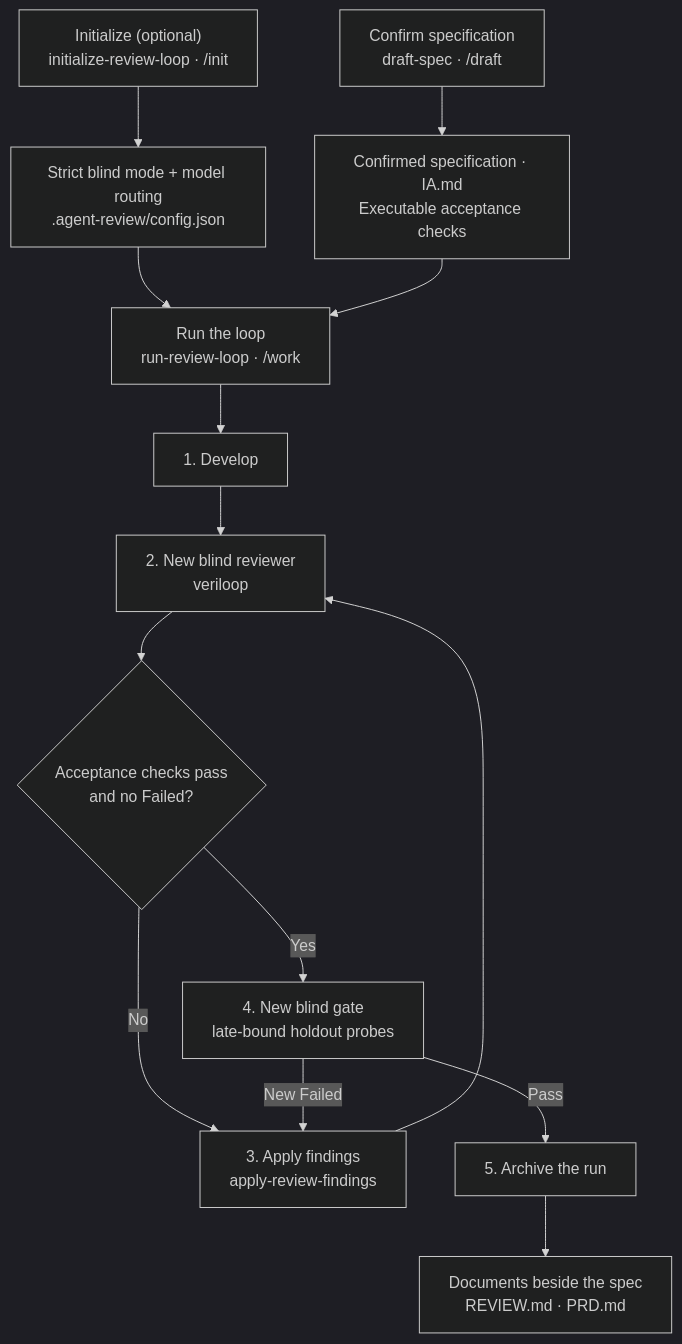
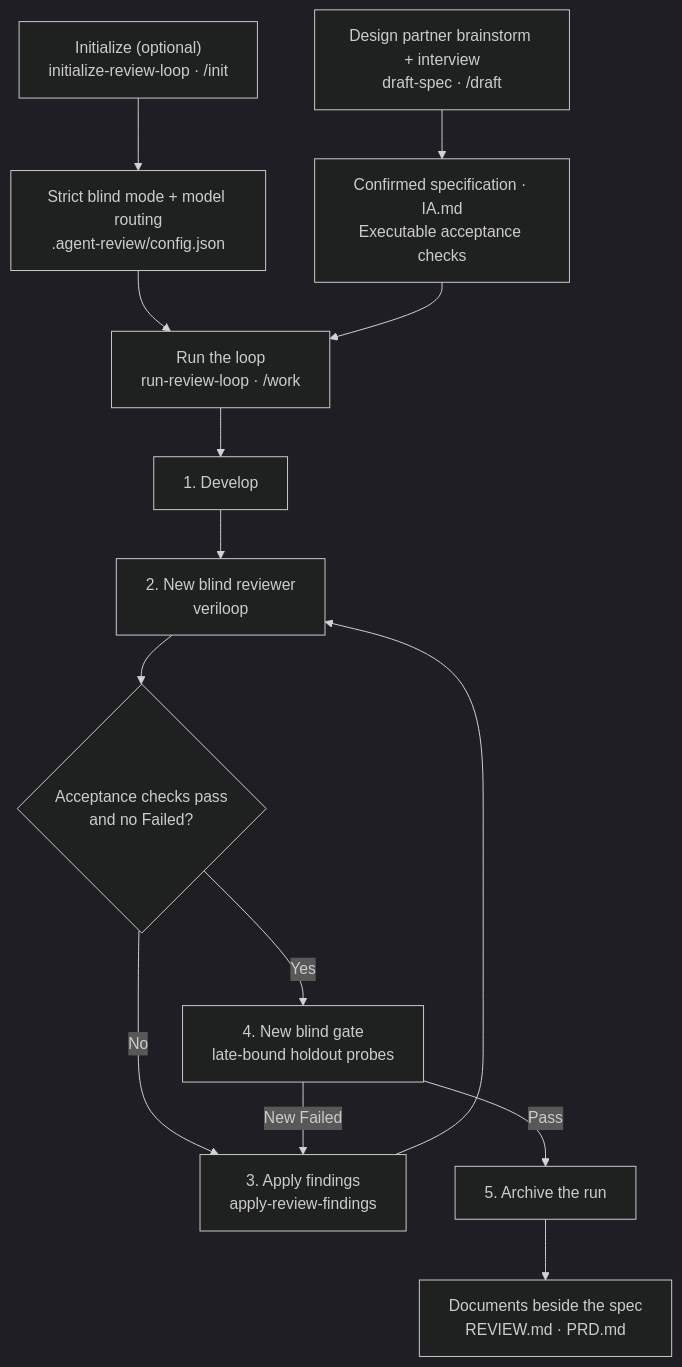
One commit to dev-geon/veriloop changed the diagram in README.md. Above: the diagram before and after it, drawn with Mermaid (dark theme). The commit also changed other lines of this file and 10 other files, not shown here.

````diff
--- a/README.md
+++ b/README.md
@@ -105,16 +118,16 @@
 ```mermaid
 flowchart TD
     Init["Initialize (optional)<br/>initialize-review-loop · /init"] --> State["Strict blind mode + model routing<br/>.agent-review/config.json"]
-    Draft["Confirm specification<br/>draft-spec · /draft"] --> Spec["Confirmed specification · IA.md<br/>Executable acceptance checks"]
+    Draft["Design partner brainstorm + interview<br/>draft-spec · /draft"] --> Spec["Confirmed specification · IA.md<br/>Executable acceptance checks"]
     State --> Run["Run the loop<br/>run-review-loop · /work"]
     Spec --> Run
     Run --> Develop["1. Develop"]
     Develop --> Review["2. New blind reviewer<br/>veriloop"]
     Review --> Decision{"Acceptance checks pass<br/>and no Failed?"}
     Decision -- "No" --> Fix["3. Apply findings<br/>apply-review-findings"]
     Fix --> Review
     Decision -- "Yes" --> Gate["4. New blind gate<br/>late-bound holdout probes"]
     Gate -- "New Failed" --> Fix
     Gate -- "Pass" --> Archive["5. Archive the run"]
     Archive --> Docs["Documents beside the spec<br/>REVIEW.md · PRD.md"]
 ```
````
